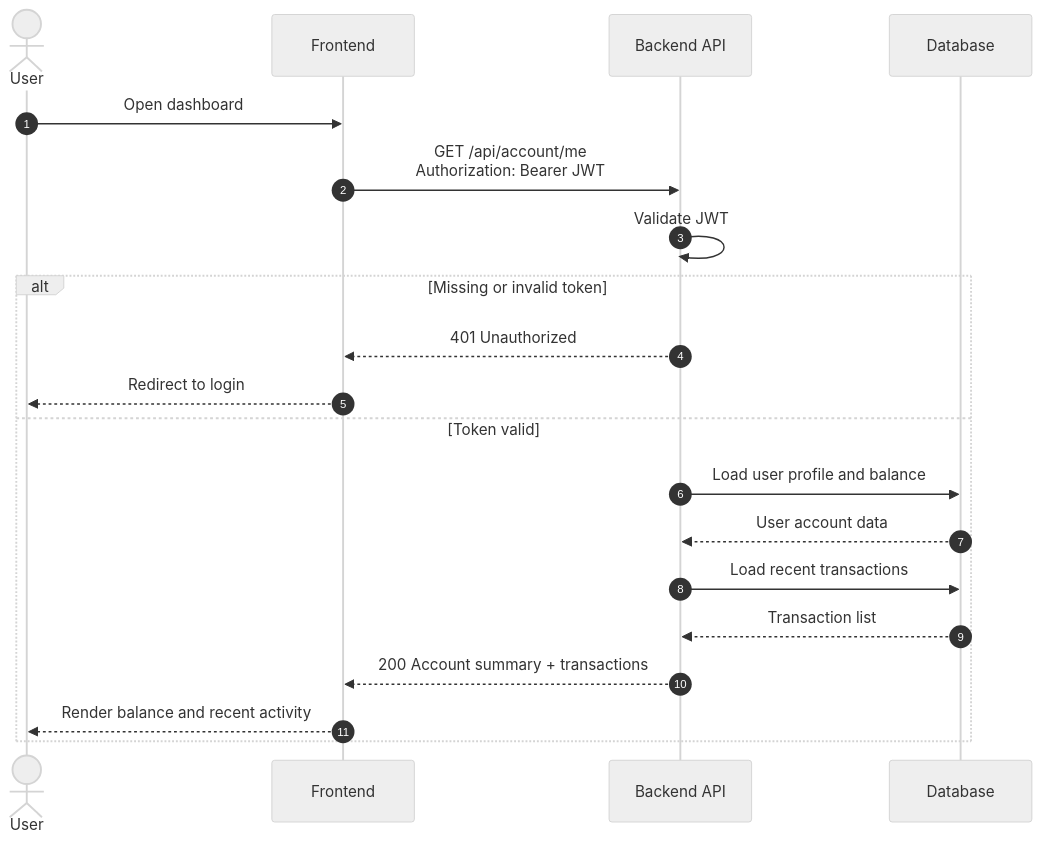
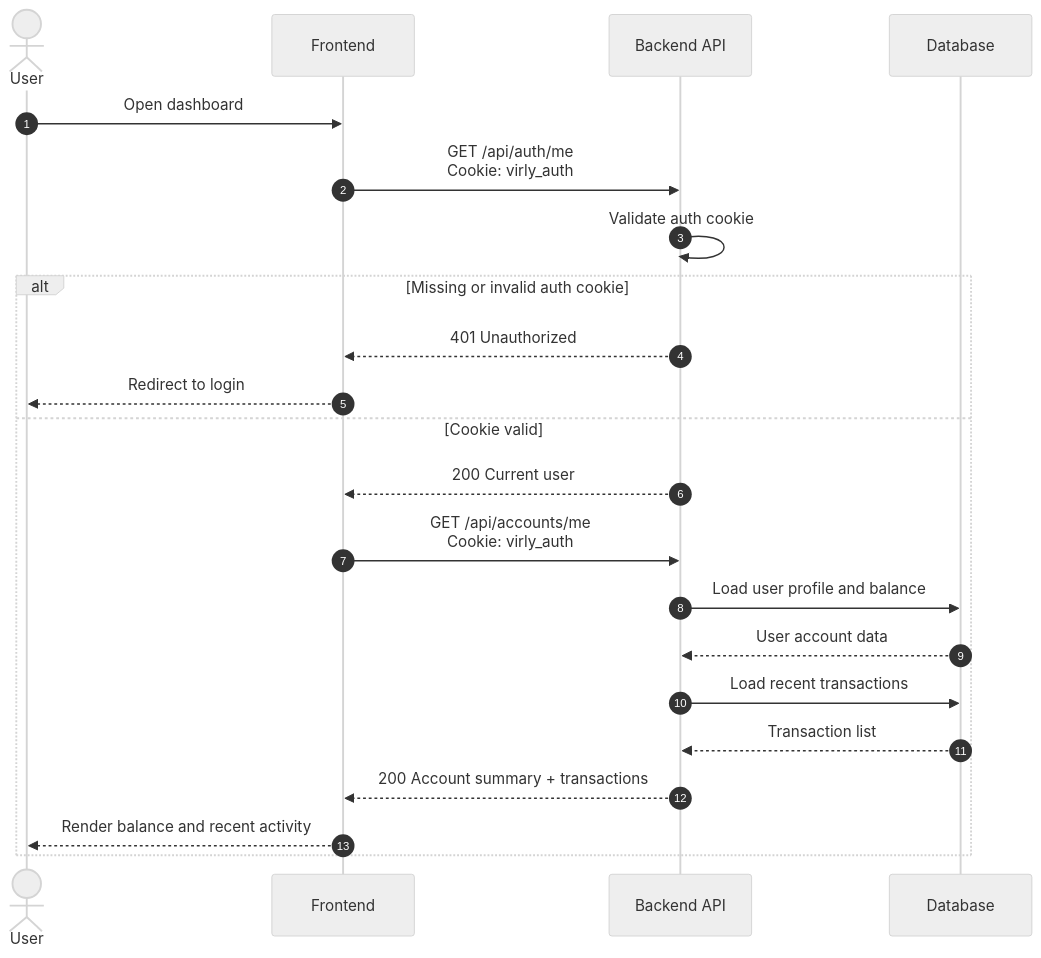
One commit to AyalMoran/virly changed the fourth of 7 diagrams in docs/sequence-diagrams.md. Above: the diagram before and after it, drawn with Mermaid (neutral theme). The commit also changed other lines of this file and 2 other files, not shown here.

Commit message:
feat: Update documentation to reflect Virly branding and enhance authentication details

````diff
--- a/docs/sequence-diagrams.md
+++ b/docs/sequence-diagrams.md
@@ -137,24 +137,26 @@
 ```mermaid
 sequenceDiagram
     autonumber
     actor User
     participant Frontend
     participant BackendAPI as Backend API
     participant Database
 
     User->>Frontend: Open dashboard
-    Frontend->>BackendAPI: GET /api/account/me<br/>Authorization: Bearer JWT
-    BackendAPI->>BackendAPI: Validate JWT
+    Frontend->>BackendAPI: GET /api/auth/me<br/>Cookie: virly_auth
+    BackendAPI->>BackendAPI: Validate auth cookie
 
-    alt Missing or invalid token
+    alt Missing or invalid auth cookie
         BackendAPI-->>Frontend: 401 Unauthorized
         Frontend-->>User: Redirect to login
-    else Token valid
+    else Cookie valid
+        BackendAPI-->>Frontend: 200 Current user
+        Frontend->>BackendAPI: GET /api/accounts/me<br/>Cookie: virly_auth
         BackendAPI->>Database: Load user profile and balance
         Database-->>BackendAPI: User account data
         BackendAPI->>Database: Load recent transactions
         Database-->>BackendAPI: Transaction list
         BackendAPI-->>Frontend: 200 Account summary + transactions
         Frontend-->>User: Render balance and recent activity
     end
 ```
````
